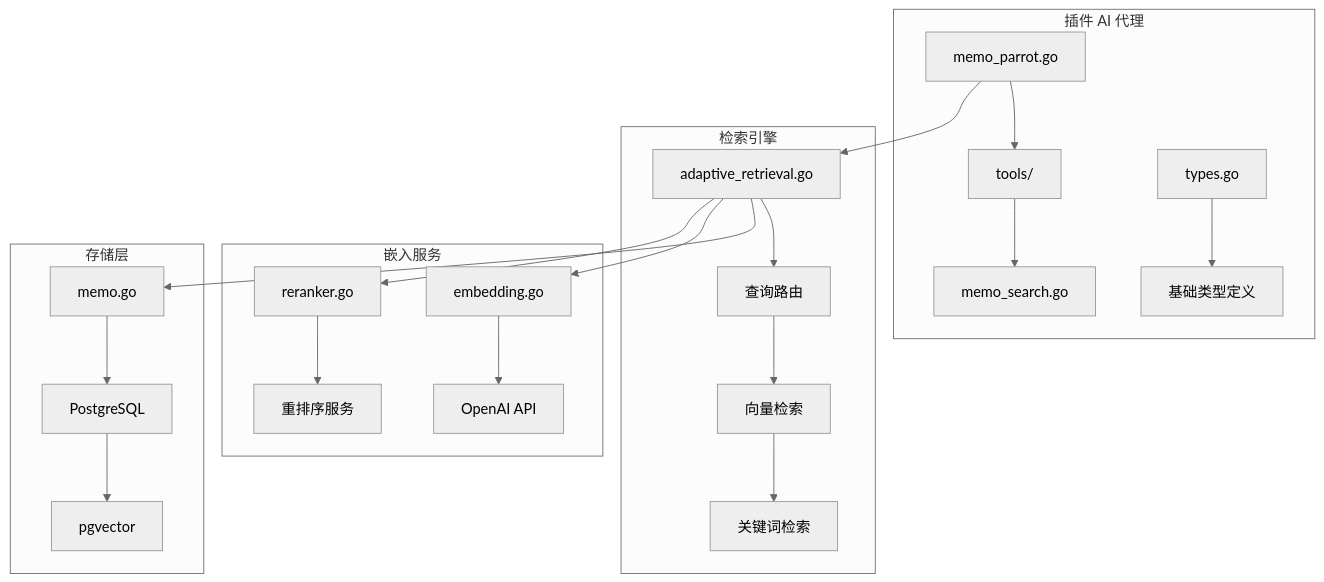
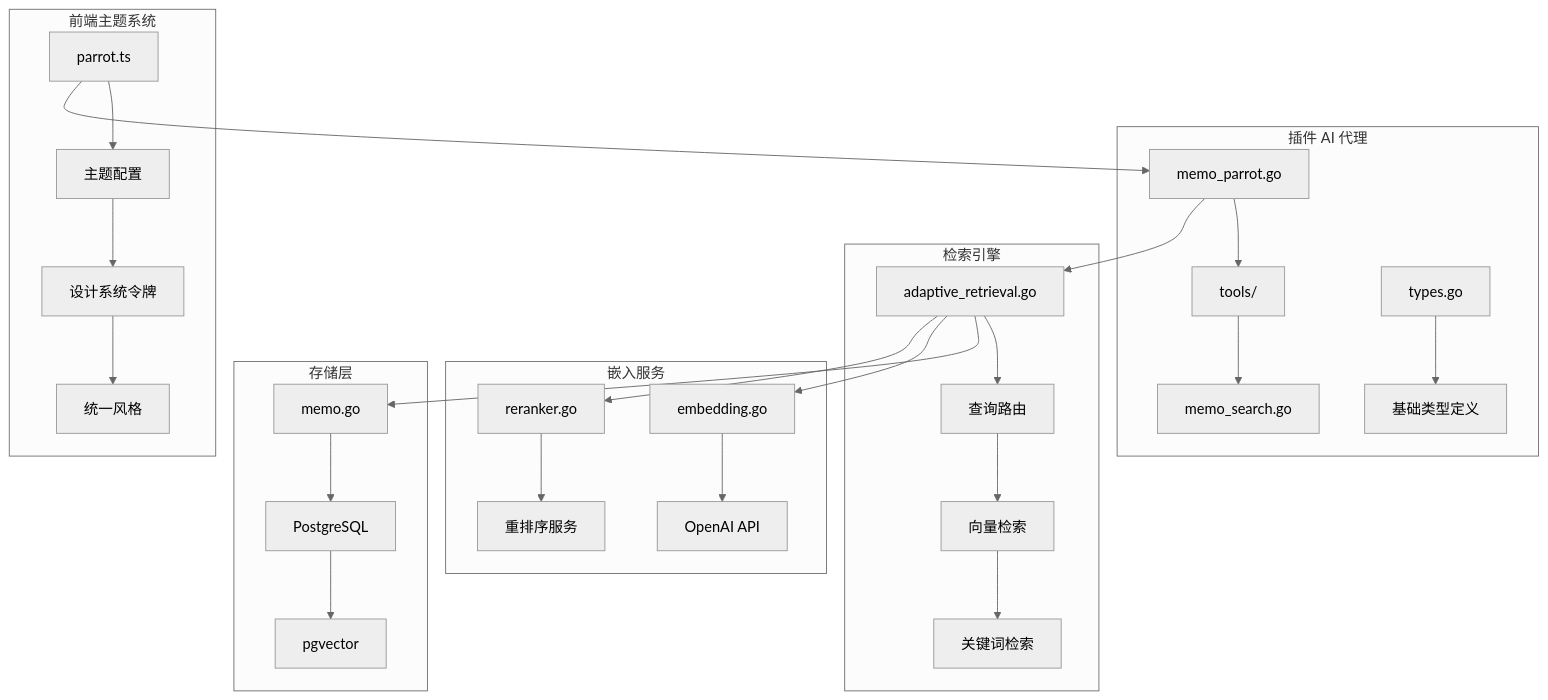
The first of 6 diagrams in .qoder/repowiki/zh/content/AI 增强系统/Parrot 多代理 AI 系统/Memo Parrot 笔记查询代理.md (hrygo/memos), drawn with Mermaid (neutral theme) before and after one commit. The commit also changed other lines of this file and 29 other files, not shown here.

````diff
--- a/.qoder/repowiki/zh/content/AI 增强系统/Parrot 多代理 AI 系统/Memo Parrot 笔记查询代理.md
+++ b/.qoder/repowiki/zh/content/AI 增强系统/Parrot 多代理 AI 系统/Memo Parrot 笔记查询代理.md
@@ -43,25 +59,31 @@
 ```mermaid
 graph TB
 subgraph "插件 AI 代理"
 A[memo_parrot.go] --> B[tools/]
 B --> C[memo_search.go]
 D[types.go] --> E[基础类型定义]
 end
 subgraph "检索引擎"
 F[adaptive_retrieval.go] --> G[查询路由]
 G --> H[向量检索]
 H --> I[关键词检索]
 end
 subgraph "嵌入服务"
 J[embedding.go] --> K[OpenAI API]
 L[reranker.go] --> M[重排序服务]
 end
 subgraph "存储层"
 N[memo.go] --> O[PostgreSQL]
 O --> P[pgvector]
 end
+subgraph "前端主题系统"
+Q[parrot.ts] --> R[主题配置]
+R --> S[设计系统令牌]
+S --> T[统一风格]
+end
 A --> F
 F --> N
 F --> J
 F --> L
+Q --> A
 ```
````
